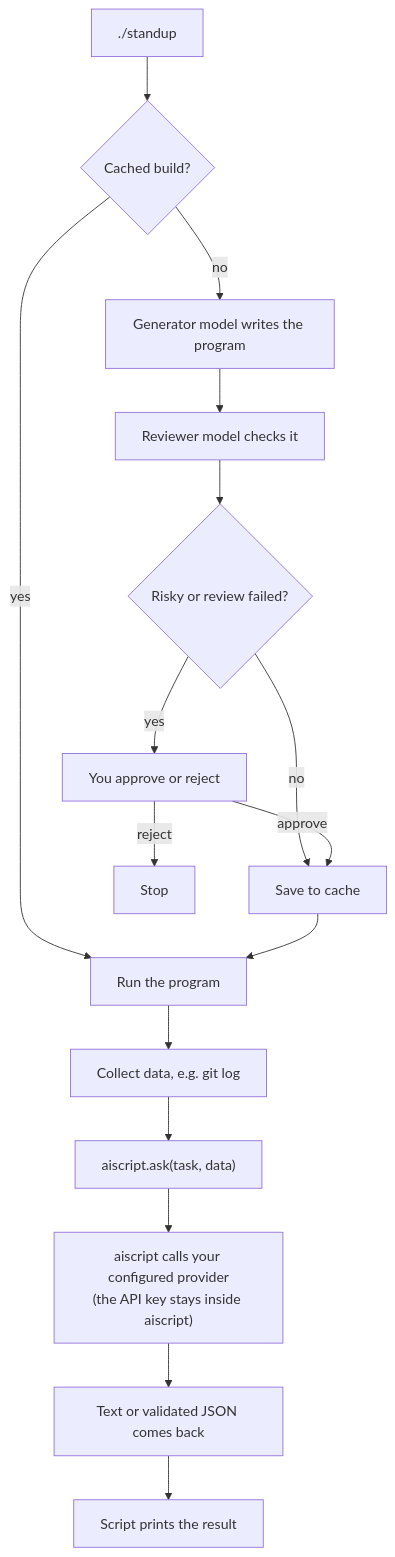
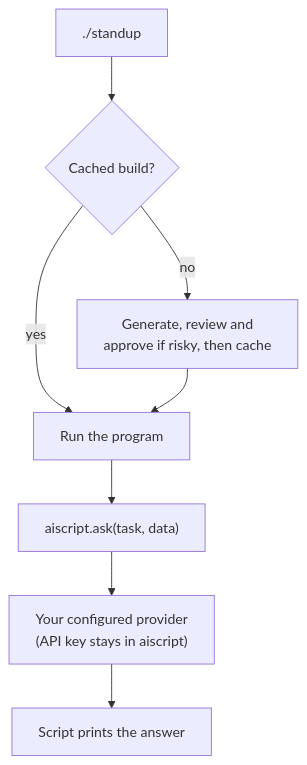
The diagram in README.md (illescasDaniel/aiscript), drawn with Mermaid before and after one commit. The commit also changed other lines of this file, not shown here.

Commit message:
Shorten README flow diagram and add explain-error example
Claude-Session: https://claude.ai/code/session_01H6DTySYhn9A498nezsfZqN

````diff
--- a/README.md
+++ b/README.md
@@ -97,18 +117,10 @@
 ```mermaid
 flowchart TD
     A["./standup"] --> B{"Cached build?"}
-    B -- no --> C["Generator model writes the program"]
-    C --> D["Reviewer model checks it"]
-    D --> E{"Risky or review failed?"}
-    E -- yes --> F["You approve or reject"]
-    E -- no --> G["Save to cache"]
-    F -- approve --> G
-    F -- reject --> X["Stop"]
-    B -- yes --> H
-    G --> H["Run the program"]
-    H --> I["Collect data, e.g. git log"]
-    I --> J["aiscript.ask(task, data)"]
-    J --> K["aiscript calls your configured provider<br/>(the API key stays inside aiscript)"]
-    K --> L["Text or validated JSON comes back"]
-    L --> M["Script prints the result"]
+    B -- no --> C["Generate, review and<br/>approve if risky, then cache"]
+    B -- yes --> D["Run the program"]
+    C --> D
+    D --> E["aiscript.ask(task, data)"]
+    E --> F["Your configured provider<br/>(API key stays in aiscript)"]
+    F --> G["Script prints the answer"]
 ```
````
